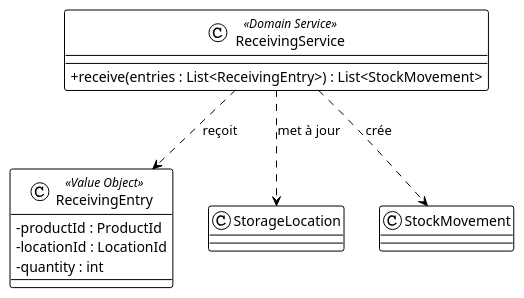
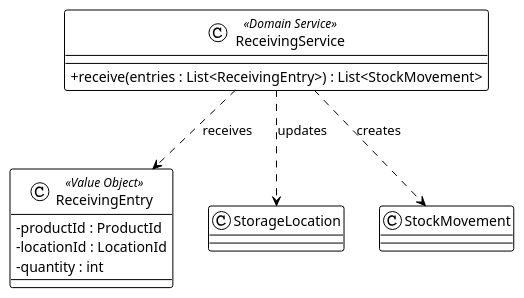
Before and after one commit to aliCheikCheikh/auto-stock-management: the second of 3 diagrams in antora-docs/modules/domain/pages/domain-services.adoc, drawn with PlantUML. The commit also changed other lines of this file and 542 other files, not shown here.

```diff
--- a/antora-docs/modules/domain/pages/domain-services.adoc
+++ b/antora-docs/modules/domain/pages/domain-services.adoc
@@ -102,23 +58,23 @@
 [plantuml]
 ----
 @startuml
 !theme plain
 skinparam backgroundColor transparent
 skinparam classAttributeIconSize 0
 
 class ReceivingService <<Domain Service>> {
   + receive(entries : List<ReceivingEntry>) : List<StockMovement>
 }
 
 class ReceivingEntry <<Value Object>> {
   - productId : ProductId
   - locationId : LocationId
   - quantity : int
 }
 
-ReceivingService ..> StorageLocation : met à jour
-ReceivingService ..> StockMovement : crée
-ReceivingService ..> ReceivingEntry : reçoit
+ReceivingService ..> StorageLocation : updates
+ReceivingService ..> StockMovement : creates
+ReceivingService ..> ReceivingEntry : receives
 
 @enduml
 ----
```
